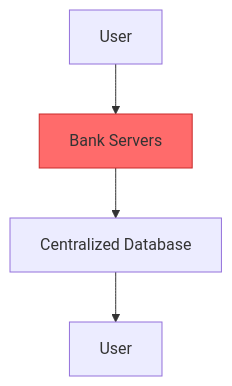
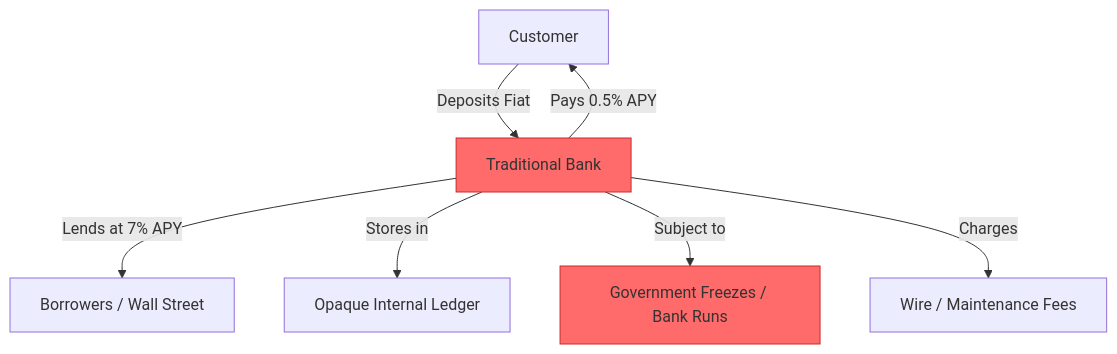
One commit to Elvatar2/Web2-To-Web3-Migration-Guide changed the first of 2 diagrams in 05-finance/02-bank-to-defi.md. Above: the diagram before and after it, drawn with Mermaid. The commit also changed other lines of this file, not shown here.

````diff
--- a/05-finance/02-bank-to-defi.md
+++ b/05-finance/02-bank-to-defi.md
@@ -52,8 +62,12 @@
 ```mermaid
 graph TB
-    A[User] --> B[Bank Servers]
-    B --> C[Centralized Database]
-    C --> D[User]
+    A[Customer] -->|Deposits Fiat| B[Traditional Bank]
+    B -->|Pays 0.5% APY| A
+    B -->|Lends at 7% APY| C[Borrowers / Wall Street]
+    B -->|Stores in| D[Opaque Internal Ledger]
+    B -->|Subject to| E[Government Freezes / Bank Runs]
+    B -->|Charges| F[Wire / Maintenance Fees]
 
     style B fill:#ff6b6b,stroke:#c92a2a
+    style E fill:#ff6b6b,stroke:#c92a2a
 ```
````
